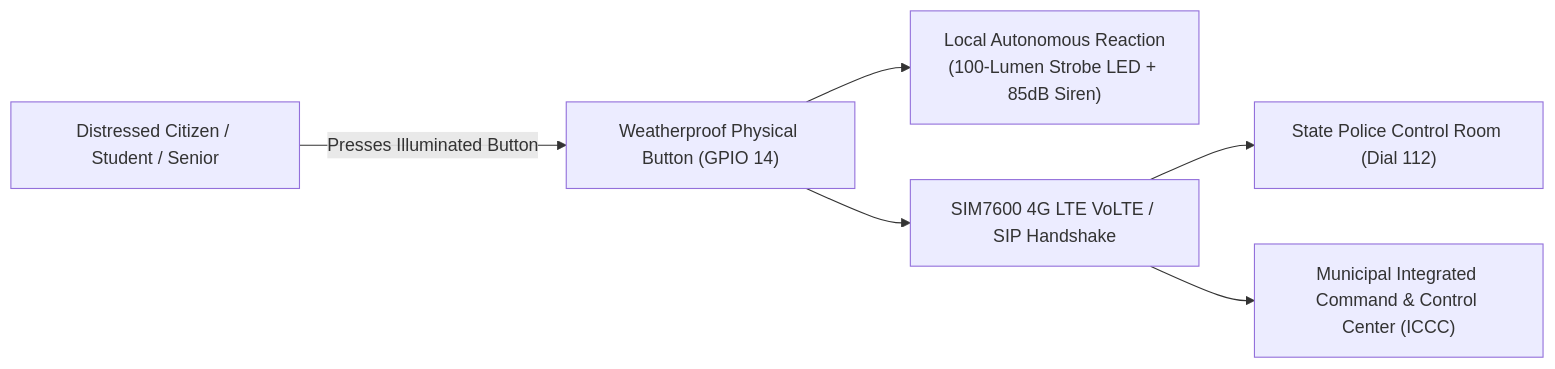
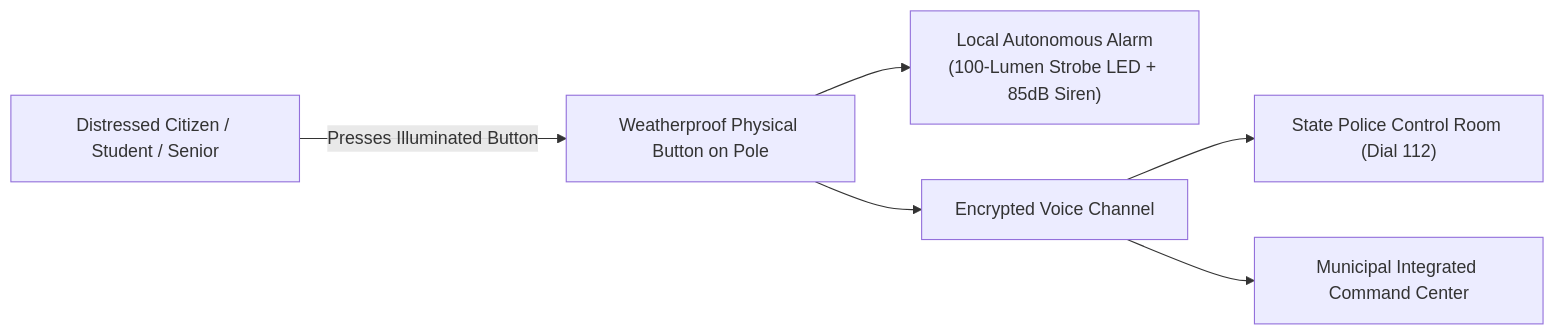
One commit to pranav520214/Eco-Guardian-Sentinel changed the second of 2 diagrams in docs/CIVIC_DISPATCH_ENGINE.md. Above: the diagram before and after it, drawn with Mermaid. The commit also changed other lines of this file and 12 other files, not shown here.

Commit message:
refactor: eliminate all code files; enrich repo with sacred Vedic Sanskrit shlokas and beautiful architectural prose

````diff
--- a/docs/CIVIC_DISPATCH_ENGINE.md
+++ b/docs/CIVIC_DISPATCH_ENGINE.md
@@ -110,10 +97,10 @@
 ```mermaid
 graph LR
-    CITIZEN["Distressed Citizen / Student / Senior"] -->|Presses Illuminated Button| SOS["Weatherproof Physical Button (GPIO 14)"]
+    CITIZEN["Distressed Citizen / Student / Senior"] -->|Presses Illuminated Button| SOS["Weatherproof Physical Button on Pole"]
     
-    SOS --> LOCAL["Local Autonomous Reaction<br/>(100-Lumen Strobe LED + 85dB Siren)"]
-    SOS --> COMM["SIM7600 4G LTE VoLTE / SIP Handshake"]
+    SOS --> LOCAL["Local Autonomous Alarm<br/>(100-Lumen Strobe LED + 85dB Siren)"]
+    SOS --> CALL["Encrypted Voice Channel"]
     
-    COMM --> POLICE["State Police Control Room (Dial 112)"]
-    COMM --> MUNI["Municipal Integrated Command & Control Center (ICCC)"]
+    CALL --> POLICE["State Police Control Room (Dial 112)"]
+    CALL --> ICCC["Municipal Integrated Command Center"]
 ```
````
